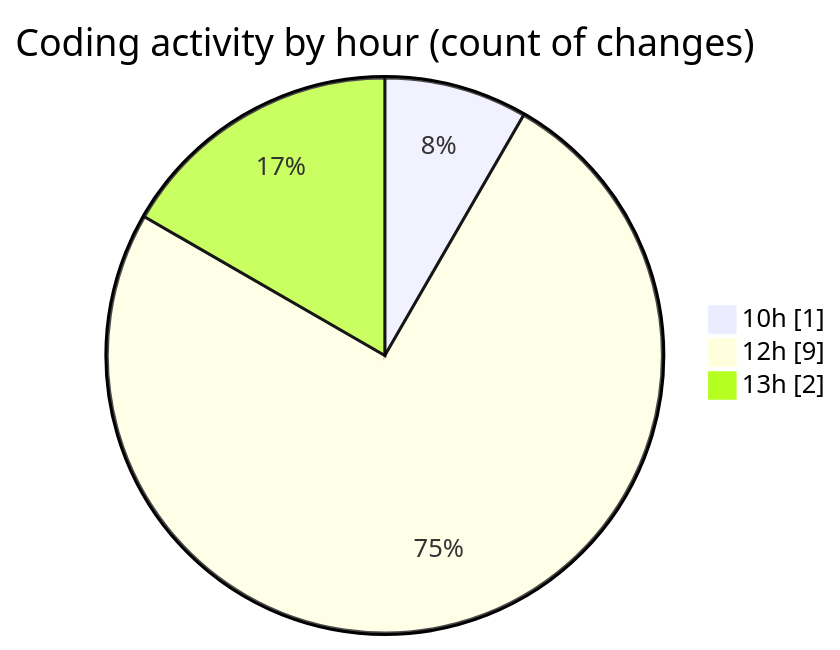
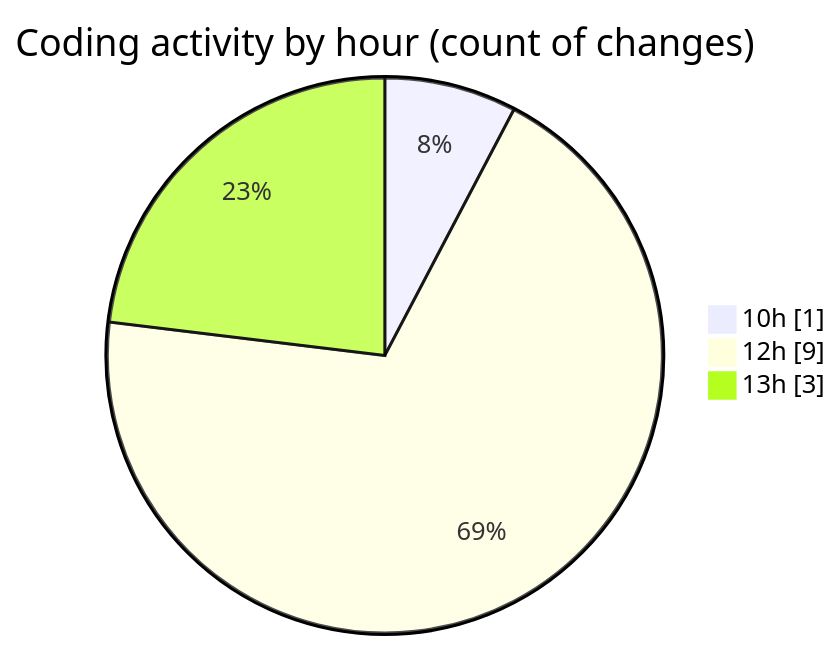
Before and after one commit to LanceThiago/code-tracking: the second of 2 diagrams in 2025-04-25/enre_-_calculadora_de_consumo_v_2022_files/README.md, drawn with Mermaid. The commit also changed other lines of this file and 1 other file, not shown here.

````diff
--- a/2025-04-25/enre_-_calculadora_de_consumo_v_2022_files/README.md
+++ b/2025-04-25/enre_-_calculadora_de_consumo_v_2022_files/README.md
@@ -28,7 +30,7 @@
 ```mermaid
 pie showData
 title Coding activity by hour (count of changes)
 "10h" : 1
 "12h" : 9
-"13h" : 2
+"13h" : 3
 ```
````
